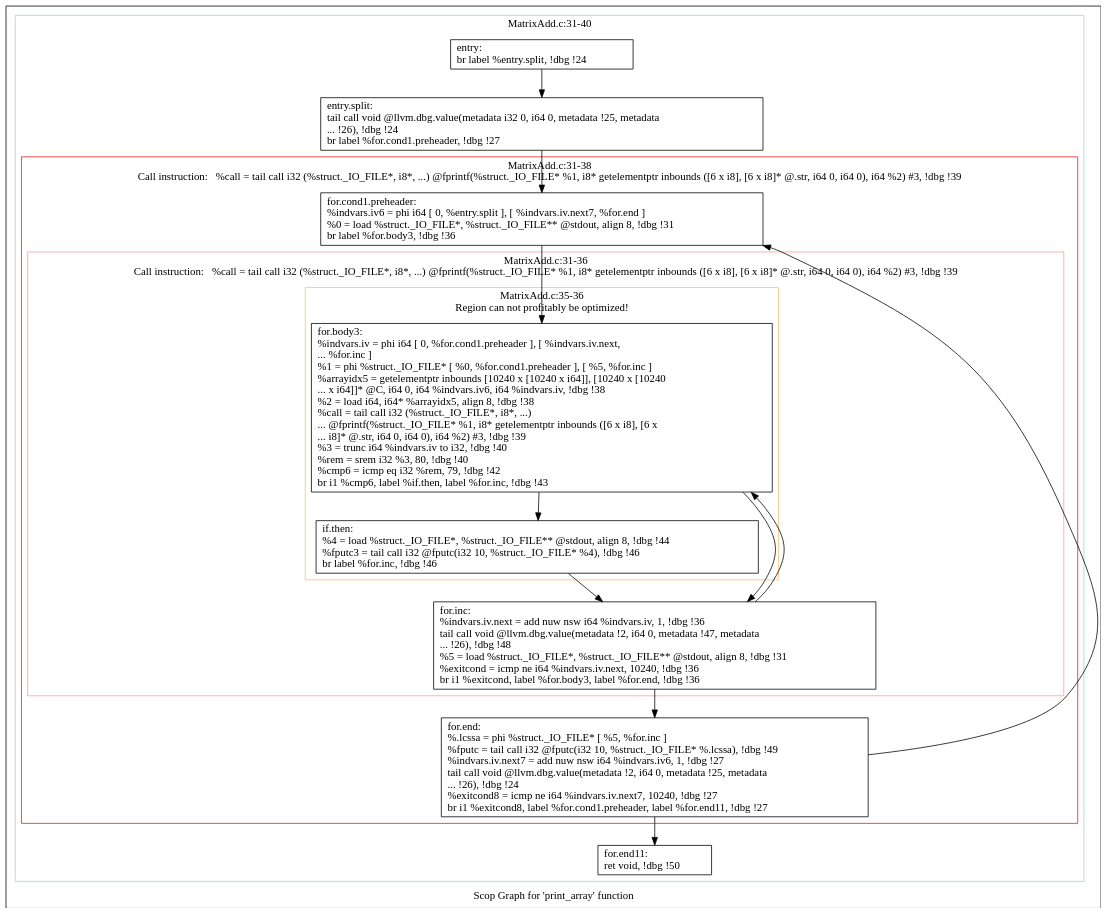
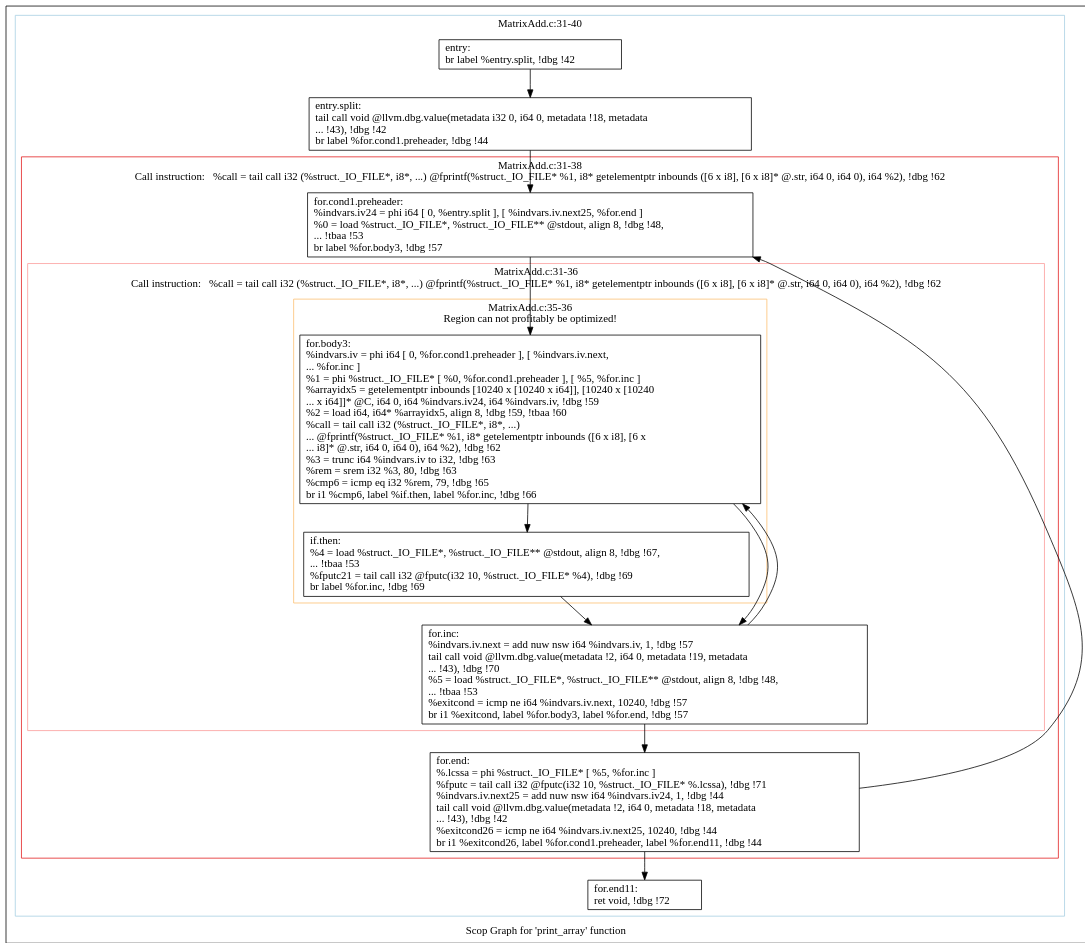
One commit to samminweng/WhileyOpenCL changed the diagram in polly/MatrixAdd/impl/handwritten/dot/scops.print_array.dot. Above: the diagram before and after it, drawn with Graphviz. The commit also changed 34 other files, not shown here.

```diff
--- a/polly/MatrixAdd/impl/handwritten/dot/scops.print_array.dot
+++ b/polly/MatrixAdd/impl/handwritten/dot/scops.print_array.dot
@@ -1,55 +1,55 @@
 digraph "Scop Graph for 'print_array' function" {
 	label="Scop Graph for 'print_array' function";
 
-	Node0x4ea5fe0 [shape=record,label="{entry:\l  br label %entry.split, !dbg !24\l}"];
-	Node0x4ea5fe0 -> Node0x4ea35c0;
-	Node0x4ea35c0 [shape=record,label="{entry.split:                                      \l  tail call void @llvm.dbg.value(metadata i32 0, i64 0, metadata !25, metadata\l... !26), !dbg !24\l  br label %for.cond1.preheader, !dbg !27\l}"];
-	Node0x4ea35c0 -> Node0x4ec1de0;
-	Node0x4ec1de0 [shape=record,label="{for.cond1.preheader:                              \l  %indvars.iv6 = phi i64 [ 0, %entry.split ], [ %indvars.iv.next7, %for.end ]\l  %0 = load %struct._IO_FILE*, %struct._IO_FILE** @stdout, align 8, !dbg !31\l  br label %for.body3, !dbg !36\l}"];
-	Node0x4ec1de0 -> Node0x4ea5bf0;
-	Node0x4ea5bf0 [shape=record,label="{for.body3:                                        \l  %indvars.iv = phi i64 [ 0, %for.cond1.preheader ], [ %indvars.iv.next,\l... %for.inc ]\l  %1 = phi %struct._IO_FILE* [ %0, %for.cond1.preheader ], [ %5, %for.inc ]\l  %arrayidx5 = getelementptr inbounds [10240 x [10240 x i64]], [10240 x [10240\l... x i64]]* @C, i64 0, i64 %indvars.iv6, i64 %indvars.iv, !dbg !38\l  %2 = load i64, i64* %arrayidx5, align 8, !dbg !38\l  %call = tail call i32 (%struct._IO_FILE*, i8*, ...)\l... @fprintf(%struct._IO_FILE* %1, i8* getelementptr inbounds ([6 x i8], [6 x\l... i8]* @.str, i64 0, i64 0), i64 %2) #3, !dbg !39\l  %3 = trunc i64 %indvars.iv to i32, !dbg !40\l  %rem = srem i32 %3, 80, !dbg !40\l  %cmp6 = icmp eq i32 %rem, 79, !dbg !42\l  br i1 %cmp6, label %if.then, label %for.inc, !dbg !43\l}"];
-	Node0x4ea5bf0 -> Node0x4ea5c10;
-	Node0x4ea5bf0 -> Node0x4e8ee60;
-	Node0x4ea5c10 [shape=record,label="{if.then:                                          \l  %4 = load %struct._IO_FILE*, %struct._IO_FILE** @stdout, align 8, !dbg !44\l  %fputc3 = tail call i32 @fputc(i32 10, %struct._IO_FILE* %4), !dbg !46\l  br label %for.inc, !dbg !46\l}"];
-	Node0x4ea5c10 -> Node0x4e8ee60;
-	Node0x4e8ee60 [shape=record,label="{for.inc:                                          \l  %indvars.iv.next = add nuw nsw i64 %indvars.iv, 1, !dbg !36\l  tail call void @llvm.dbg.value(metadata !2, i64 0, metadata !47, metadata\l... !26), !dbg !48\l  %5 = load %struct._IO_FILE*, %struct._IO_FILE** @stdout, align 8, !dbg !31\l  %exitcond = icmp ne i64 %indvars.iv.next, 10240, !dbg !36\l  br i1 %exitcond, label %for.body3, label %for.end, !dbg !36\l}"];
-	Node0x4e8ee60 -> Node0x4ea5bf0[constraint=false];
-	Node0x4e8ee60 -> Node0x4e977b0;
-	Node0x4e977b0 [shape=record,label="{for.end:                                          \l  %.lcssa = phi %struct._IO_FILE* [ %5, %for.inc ]\l  %fputc = tail call i32 @fputc(i32 10, %struct._IO_FILE* %.lcssa), !dbg !49\l  %indvars.iv.next7 = add nuw nsw i64 %indvars.iv6, 1, !dbg !27\l  tail call void @llvm.dbg.value(metadata !2, i64 0, metadata !25, metadata\l... !26), !dbg !24\l  %exitcond8 = icmp ne i64 %indvars.iv.next7, 10240, !dbg !27\l  br i1 %exitcond8, label %for.cond1.preheader, label %for.end11, !dbg !27\l}"];
-	Node0x4e977b0 -> Node0x4ec1de0[constraint=false];
-	Node0x4e977b0 -> Node0x4ea5b50;
-	Node0x4ea5b50 [shape=record,label="{for.end11:                                        \l  ret void, !dbg !50\l}"];
+	Node0x8f4c970 [shape=record,label="{entry:\l  br label %entry.split, !dbg !42\l}"];
+	Node0x8f4c970 -> Node0x8e6b780;
+	Node0x8e6b780 [shape=record,label="{entry.split:                                      \l  tail call void @llvm.dbg.value(metadata i32 0, i64 0, metadata !18, metadata\l... !43), !dbg !42\l  br label %for.cond1.preheader, !dbg !44\l}"];
+	Node0x8e6b780 -> Node0x8e68ad0;
+	Node0x8e68ad0 [shape=record,label="{for.cond1.preheader:                              \l  %indvars.iv24 = phi i64 [ 0, %entry.split ], [ %indvars.iv.next25, %for.end ]\l  %0 = load %struct._IO_FILE*, %struct._IO_FILE** @stdout, align 8, !dbg !48,\l... !tbaa !53\l  br label %for.body3, !dbg !57\l}"];
+	Node0x8e68ad0 -> Node0x8e6f450;
+	Node0x8e6f450 [shape=record,label="{for.body3:                                        \l  %indvars.iv = phi i64 [ 0, %for.cond1.preheader ], [ %indvars.iv.next,\l... %for.inc ]\l  %1 = phi %struct._IO_FILE* [ %0, %for.cond1.preheader ], [ %5, %for.inc ]\l  %arrayidx5 = getelementptr inbounds [10240 x [10240 x i64]], [10240 x [10240\l... x i64]]* @C, i64 0, i64 %indvars.iv24, i64 %indvars.iv, !dbg !59\l  %2 = load i64, i64* %arrayidx5, align 8, !dbg !59, !tbaa !60\l  %call = tail call i32 (%struct._IO_FILE*, i8*, ...)\l... @fprintf(%struct._IO_FILE* %1, i8* getelementptr inbounds ([6 x i8], [6 x\l... i8]* @.str, i64 0, i64 0), i64 %2), !dbg !62\l  %3 = trunc i64 %indvars.iv to i32, !dbg !63\l  %rem = srem i32 %3, 80, !dbg !63\l  %cmp6 = icmp eq i32 %rem, 79, !dbg !65\l  br i1 %cmp6, label %if.then, label %for.inc, !dbg !66\l}"];
+	Node0x8e6f450 -> Node0x8f49990;
+	Node0x8e6f450 -> Node0x8e709e0;
+	Node0x8f49990 [shape=record,label="{if.then:                                          \l  %4 = load %struct._IO_FILE*, %struct._IO_FILE** @stdout, align 8, !dbg !67,\l... !tbaa !53\l  %fputc21 = tail call i32 @fputc(i32 10, %struct._IO_FILE* %4), !dbg !69\l  br label %for.inc, !dbg !69\l}"];
+	Node0x8f49990 -> Node0x8e709e0;
+	Node0x8e709e0 [shape=record,label="{for.inc:                                          \l  %indvars.iv.next = add nuw nsw i64 %indvars.iv, 1, !dbg !57\l  tail call void @llvm.dbg.value(metadata !2, i64 0, metadata !19, metadata\l... !43), !dbg !70\l  %5 = load %struct._IO_FILE*, %struct._IO_FILE** @stdout, align 8, !dbg !48,\l... !tbaa !53\l  %exitcond = icmp ne i64 %indvars.iv.next, 10240, !dbg !57\l  br i1 %exitcond, label %for.body3, label %for.end, !dbg !57\l}"];
+	Node0x8e709e0 -> Node0x8e6f450[constraint=false];
+	Node0x8e709e0 -> Node0x8f0cad0;
+	Node0x8f0cad0 [shape=record,label="{for.end:                                          \l  %.lcssa = phi %struct._IO_FILE* [ %5, %for.inc ]\l  %fputc = tail call i32 @fputc(i32 10, %struct._IO_FILE* %.lcssa), !dbg !71\l  %indvars.iv.next25 = add nuw nsw i64 %indvars.iv24, 1, !dbg !44\l  tail call void @llvm.dbg.value(metadata !2, i64 0, metadata !18, metadata\l... !43), !dbg !42\l  %exitcond26 = icmp ne i64 %indvars.iv.next25, 10240, !dbg !44\l  br i1 %exitcond26, label %for.cond1.preheader, label %for.end11, !dbg !44\l}"];
+	Node0x8f0cad0 -> Node0x8e68ad0[constraint=false];
+	Node0x8f0cad0 -> Node0x8e66fc0;
+	Node0x8e66fc0 [shape=record,label="{for.end11:                                        \l  ret void, !dbg !72\l}"];
 	colorscheme = "paired12"
-        subgraph cluster_0x4e9b480 {
+        subgraph cluster_0x8e6c5e0 {
           label = "MatrixAdd.c:31-40
 ";
           style = solid;
           color = 1
-          subgraph cluster_0x4ea0070 {
+          subgraph cluster_0x8e62990 {
             label = "MatrixAdd.c:31-38
-Call instruction:   %call = tail call i32 (%struct._IO_FILE*, i8*, ...) @fprintf(%struct._IO_FILE* %1, i8* getelementptr inbounds ([6 x i8], [6 x i8]* @.str, i64 0, i64 0), i64 %2) #3, !dbg !39";
+Call instruction:   %call = tail call i32 (%struct._IO_FILE*, i8*, ...) @fprintf(%struct._IO_FILE* %1, i8* getelementptr inbounds ([6 x i8], [6 x i8]* @.str, i64 0, i64 0), i64 %2), !dbg !62";
             style = solid;
             color = 6
-            subgraph cluster_0x4e9ff70 {
+            subgraph cluster_0x8e67ea0 {
               label = "MatrixAdd.c:31-36
-Call instruction:   %call = tail call i32 (%struct._IO_FILE*, i8*, ...) @fprintf(%struct._IO_FILE* %1, i8* getelementptr inbounds ([6 x i8], [6 x i8]* @.str, i64 0, i64 0), i64 %2) #3, !dbg !39";
+Call instruction:   %call = tail call i32 (%struct._IO_FILE*, i8*, ...) @fprintf(%struct._IO_FILE* %1, i8* getelementptr inbounds ([6 x i8], [6 x i8]* @.str, i64 0, i64 0), i64 %2), !dbg !62";
               style = solid;
               color = 5
-              subgraph cluster_0x4ea4120 {
+              subgraph cluster_0x8e69a00 {
                 label = "MatrixAdd.c:35-36
 Region can not profitably be optimized!";
                 style = solid;
                 color = 7
-                Node0x4ea5bf0;
-                Node0x4ea5c10;
+                Node0x8e6f450;
+                Node0x8f49990;
               }
-              Node0x4e8ee60;
+              Node0x8e709e0;
             }
-            Node0x4ec1de0;
-            Node0x4e977b0;
+            Node0x8e68ad0;
+            Node0x8f0cad0;
           }
-          Node0x4ea5fe0;
-          Node0x4ea35c0;
-          Node0x4ea5b50;
+          Node0x8f4c970;
+          Node0x8e6b780;
+          Node0x8e66fc0;
         }
 }
```
